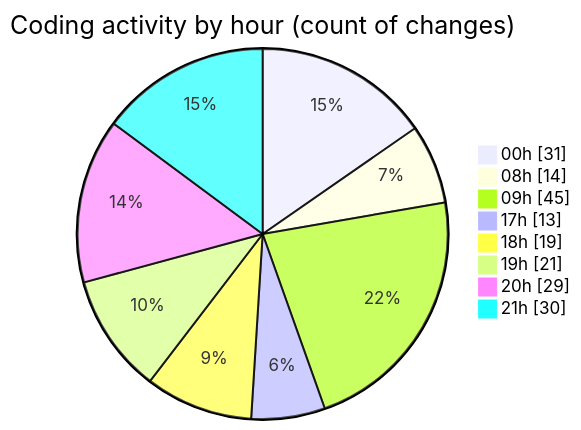
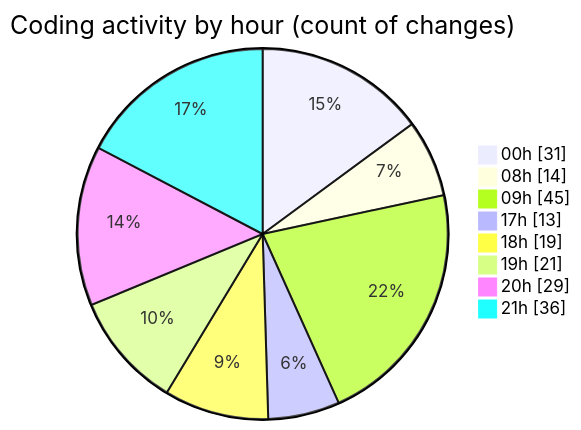
Before and after one commit to lephambinh05/code-tracking: the second of 2 diagrams in 2025-08-03/studybuddy/README.md, drawn with Mermaid. The commit also changed other lines of this file and 1 other file, not shown here.

````diff
--- a/2025-08-03/studybuddy/README.md
+++ b/2025-08-03/studybuddy/README.md
@@ -99,12 +102,12 @@
 ```mermaid
 pie showData
 title Coding activity by hour (count of changes)
 "00h" : 31
 "08h" : 14
 "09h" : 45
 "17h" : 13
 "18h" : 19
 "19h" : 21
 "20h" : 29
-"21h" : 30
+"21h" : 36
 ```
````
